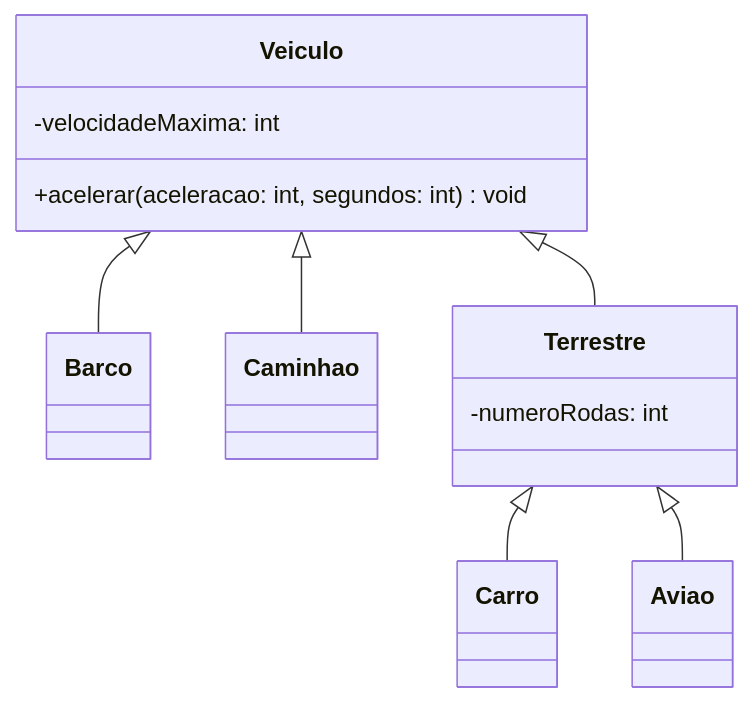
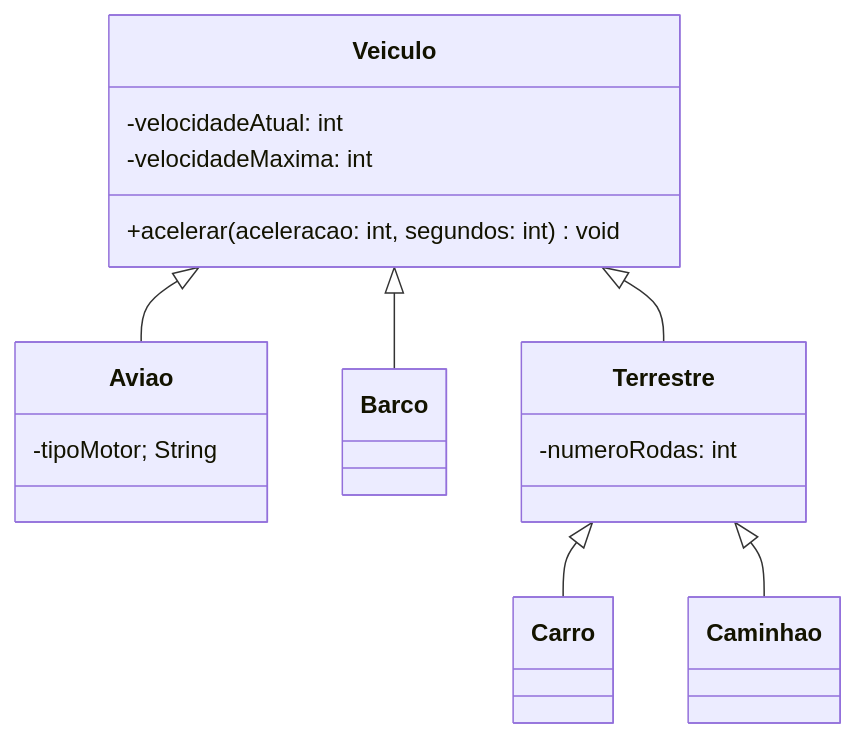
One commit to Bruno3300/POO changed the second of 2 diagrams in aulas/2026-10-14/readme.md. Above: the diagram before and after it, drawn with Mermaid. The commit also changed 24 other files, not shown here.

````diff
--- a/aulas/2026-10-14/readme.md
+++ b/aulas/2026-10-14/readme.md
@@ -42,37 +42,37 @@
 ```mermaid
 classDiagram
     
     class Carro {
         
     }
     
     class Aviao {
-        
+        -tipoMotor; String
     }
     
     class Barco {
         
     }
     
     class Caminhao {
         
     }
     
     class Terrestre {
         -numeroRodas: int
     }
     
     class Veiculo {
-        
+        -velocidadeAtual: int
         -velocidadeMaxima: int
         
         +acelerar(aceleracao: int, segundos: int)void
     }
     
     Terrestre |>-- Carro
-    Terrestre |>-- Aviao
+    Terrestre |>-- Caminhao
     
     Veiculo |>-- Terrestre
     Veiculo |>-- Barco
-    Veiculo |>-- Caminhao
+    Veiculo |>-- Aviao
 ```
````
